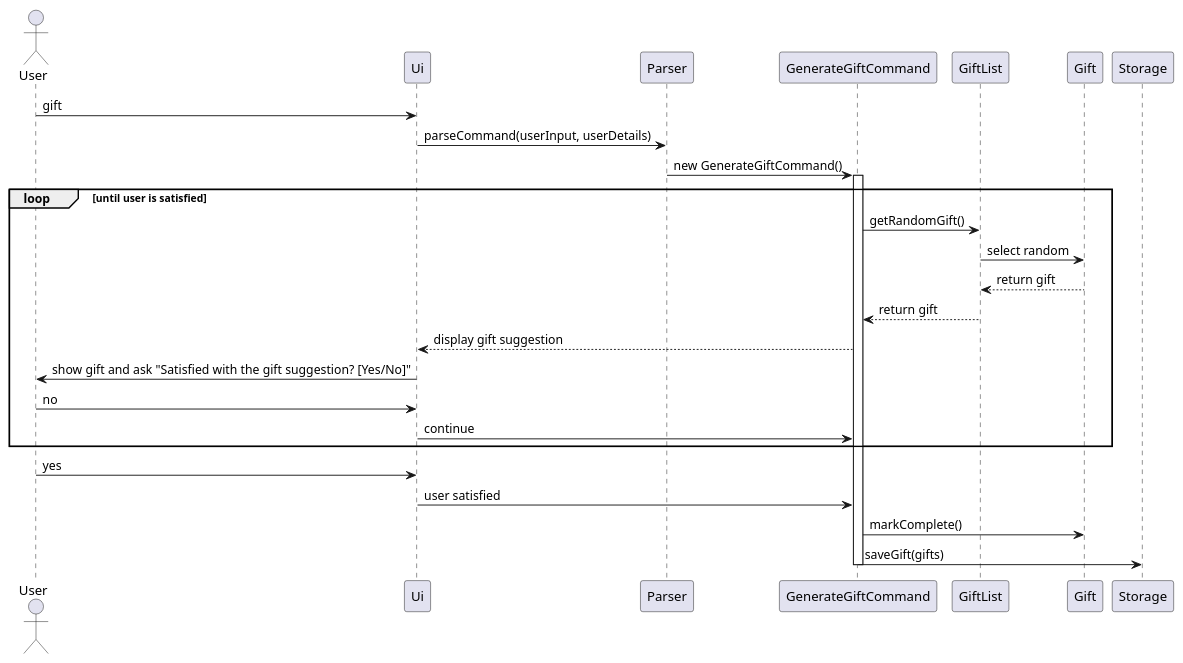
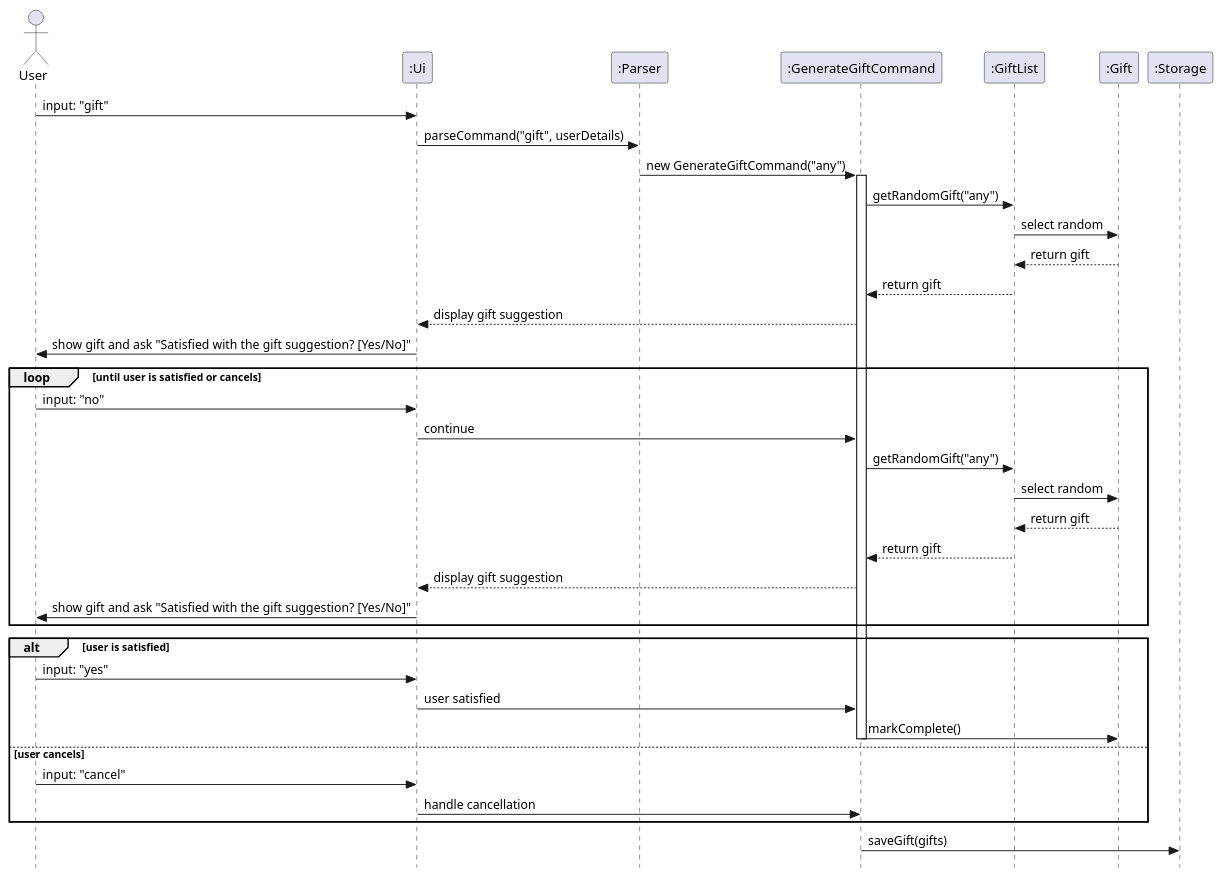
One commit to RyanTDL/tp changed the diagram in docs/diagrams/GiftSequenceDiagram.puml. Above: the diagram before and after it, drawn with PlantUML. The commit also changed 1 other file, not shown here.

Commit message:
Modify giftSequenceDiagram to reflect new implementations

```diff
--- a/docs/diagrams/GiftSequenceDiagram.puml
+++ b/docs/diagrams/GiftSequenceDiagram.puml
@@ -1,33 +1,48 @@
 @startuml
-'https://plantuml.com/sequence-diagram
+skinparam style strictuml
 
 actor User
-participant "Ui" as UI
-participant "Parser" as P
-participant "GenerateGiftCommand" as GGC
-participant "GiftList" as GL
-participant "Gift" as G
-participant "Storage" as S
+participant ":Ui" as UI
+participant ":Parser" as Parser
+participant ":GenerateGiftCommand" as GGC
+participant ":GiftList" as GL
+participant ":Gift" as G
+participant ":Storage" as Storage
 
-User -> UI : gift
-UI -> P : parseCommand(userInput, userDetails)
-P -> GGC : new GenerateGiftCommand()
+User -> UI : input: "gift"
+UI -> Parser : parseCommand("gift", userDetails)
+Parser -> GGC : new GenerateGiftCommand("any")
 activate GGC
 
-loop until user is satisfied
-GGC -> GL : getRandomGift()
+GGC -> GL : getRandomGift("any")
 GL -> G : select random
 G --> GL : return gift
 GL --> GGC : return gift
 GGC --> UI : display gift suggestion
 UI -> User : show gift and ask "Satisfied with the gift suggestion? [Yes/No]"
-User -> UI : no
-UI -> GGC : continue
+
+loop until user is satisfied or cancels
+    User -> UI : input: "no"
+    UI -> GGC : continue
+    GGC -> GL : getRandomGift("any")
+    GL -> G : select random
+    G --> GL : return gift
+    GL --> GGC : return gift
+    GGC --> UI : display gift suggestion
+    UI -> User : show gift and ask "Satisfied with the gift suggestion? [Yes/No]"
 end
 
-User -> UI : yes
-UI -> GGC : user satisfied
-GGC -> G : markComplete()
-GGC -> S : saveGift(gifts)
-deactivate GGC
+alt user is satisfied
+    User -> UI : input: "yes"
+    UI -> GGC : user satisfied
+    GGC -> G : markComplete()
+    deactivate GGC
+else user cancels
+    User -> UI : input: "cancel"
+    UI -> GGC : handle cancellation
+    deactivate GGC
+end
+
+GGC -> Storage : saveGift(gifts)
+
 @enduml
```
